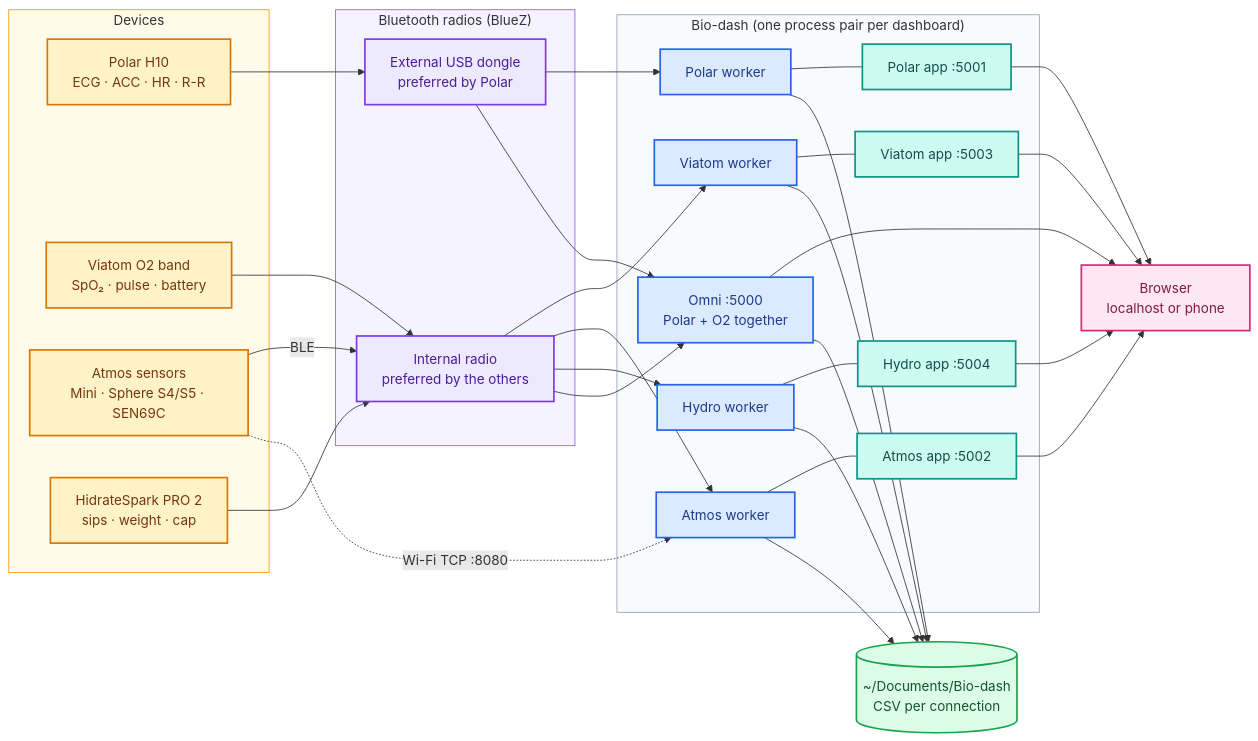
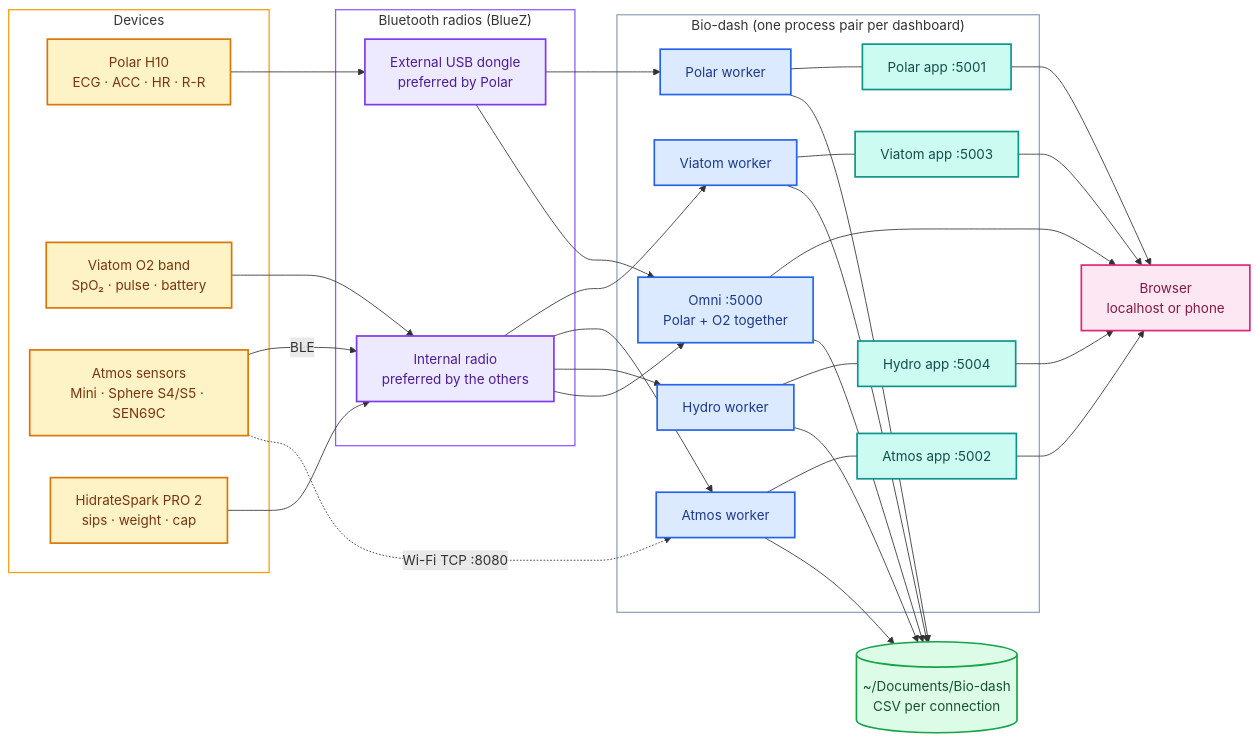
One commit to Meapy011/Bio-dash changed the second of 7 diagrams in V3.0_Dashboard/docs/ARCHITECTURE.md. Above: the diagram before and after it, drawn with Mermaid. The commit also changed other lines of this file and 2 other files, not shown here.

Commit message:
V3.0: docs update (architecture link, diagrams readable in dark mode, credits, night report)

````diff
--- a/V3.0_Dashboard/docs/ARCHITECTURE.md
+++ b/V3.0_Dashboard/docs/ARCHITECTURE.md
@@ -38,53 +38,53 @@
 ```mermaid
 flowchart LR
     subgraph DEV["Devices"]
         H10["Polar H10<br/>ECG · ACC · HR · R-R"]
         O2["Viatom O2 band<br/>SpO₂ · pulse · battery"]
         ATM["Atmos sensors<br/>Mini · Sphere S4/S5 · SEN69C"]
         HS["HidrateSpark PRO 2<br/>sips · weight · cap"]
     end
 
     subgraph RAD["Bluetooth radios (BlueZ)"]
         EXT["External USB dongle<br/>preferred by Polar"]
         INT["Internal radio<br/>preferred by the others"]
     end
 
     subgraph SUITE["Bio-dash (one process pair per dashboard)"]
         PW["Polar worker"] --- PA["Polar app :5001"]
         VW["Viatom worker"] --- VA["Viatom app :5003"]
         AW["Atmos worker"] --- AA["Atmos app :5002"]
         HW["Hydro worker"] --- HA["Hydro app :5004"]
         OM["Omni :5000<br/>Polar + O2 together"]
     end
 
     H10 --> EXT
     O2 --> INT
     ATM -->|BLE| INT
     ATM -.->|Wi-Fi TCP :8080| AW
     HS --> INT
     EXT --> PW & OM
     INT --> VW & AW & HW & OM
 
     PA & VA & AA & HA & OM --> BR["Browser<br/>localhost or phone"]
     PW & VW & AW & HW & OM --> REC[("~/Documents/Bio-dash<br/>CSV per connection")]
 
     classDef device fill:#FEF3C7,stroke:#D97706,color:#78350F,stroke-width:2px
     classDef radio fill:#EDE9FE,stroke:#7C3AED,color:#4C1D95,stroke-width:2px
     classDef worker fill:#DBEAFE,stroke:#2563EB,color:#1E3A8A,stroke-width:2px
     classDef app fill:#CCFBF1,stroke:#0D9488,color:#134E4A,stroke-width:2px
     classDef file fill:#F1F5F9,stroke:#64748B,color:#1E293B,stroke-width:2px
     classDef store fill:#DCFCE7,stroke:#16A34A,color:#14532D,stroke-width:2px
     classDef ui fill:#FCE7F3,stroke:#DB2777,color:#831843,stroke-width:2px
     classDef decision fill:#FFEDD5,stroke:#EA580C,color:#7C2D12,stroke-width:2px
     classDef warn fill:#FEE2E2,stroke:#DC2626,color:#7F1D1D,stroke-width:2px
-    classDef start fill:#1E293B,stroke:#0F172A,color:#F8FAFC,stroke-width:2px
+    classDef start fill:#1E293B,stroke:#94A3B8,color:#F8FAFC,stroke-width:2px
     class H10,O2,ATM,HS device
     class EXT,INT radio
     class PW,VW,AW,HW,OM worker
     class PA,VA,AA,HA app
     class BR ui
     class REC store
-    style DEV fill:#FFFBEB,stroke:#F59E0B
-    style RAD fill:#F5F3FF,stroke:#8B5CF6
-    style SUITE fill:#F8FAFC,stroke:#94A3B8
+    style DEV fill:none,stroke:#F59E0B,stroke-width:1.5px
+    style RAD fill:none,stroke:#8B5CF6,stroke-width:1.5px
+    style SUITE fill:none,stroke:#94A3B8,stroke-width:1.5px
 ```
````
